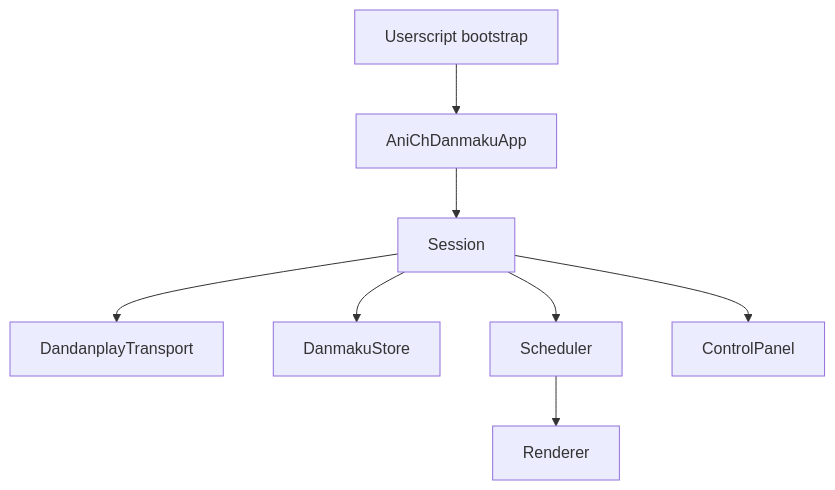
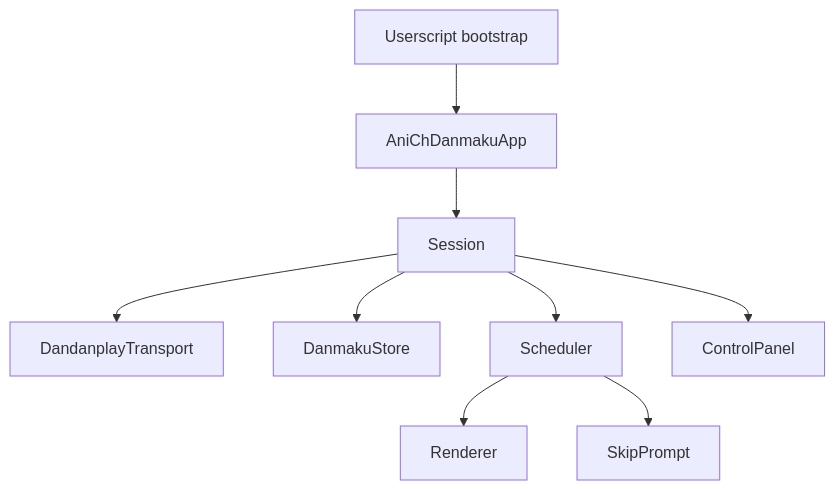
One commit to Loong111/AniCh-dandanPlay changed the diagram in docs/analysis/project-overview.md. Above: the diagram before and after it, drawn with Mermaid. The commit also changed other lines of this file and 9 other files, not shown here.

Commit message:
Add skip cue jump prompt

````diff
--- a/docs/analysis/project-overview.md
+++ b/docs/analysis/project-overview.md
@@ -8,10 +8,11 @@
 ```mermaid
 graph TD
     U[Userscript bootstrap] --> A[AniChDanmakuApp]
     A --> S[Session]
     S --> T[DandanplayTransport]
     S --> D[DanmakuStore]
     S --> C[Scheduler]
     C --> R[Renderer]
+    C --> K[SkipPrompt]
     S --> P[ControlPanel]
 ```
````
